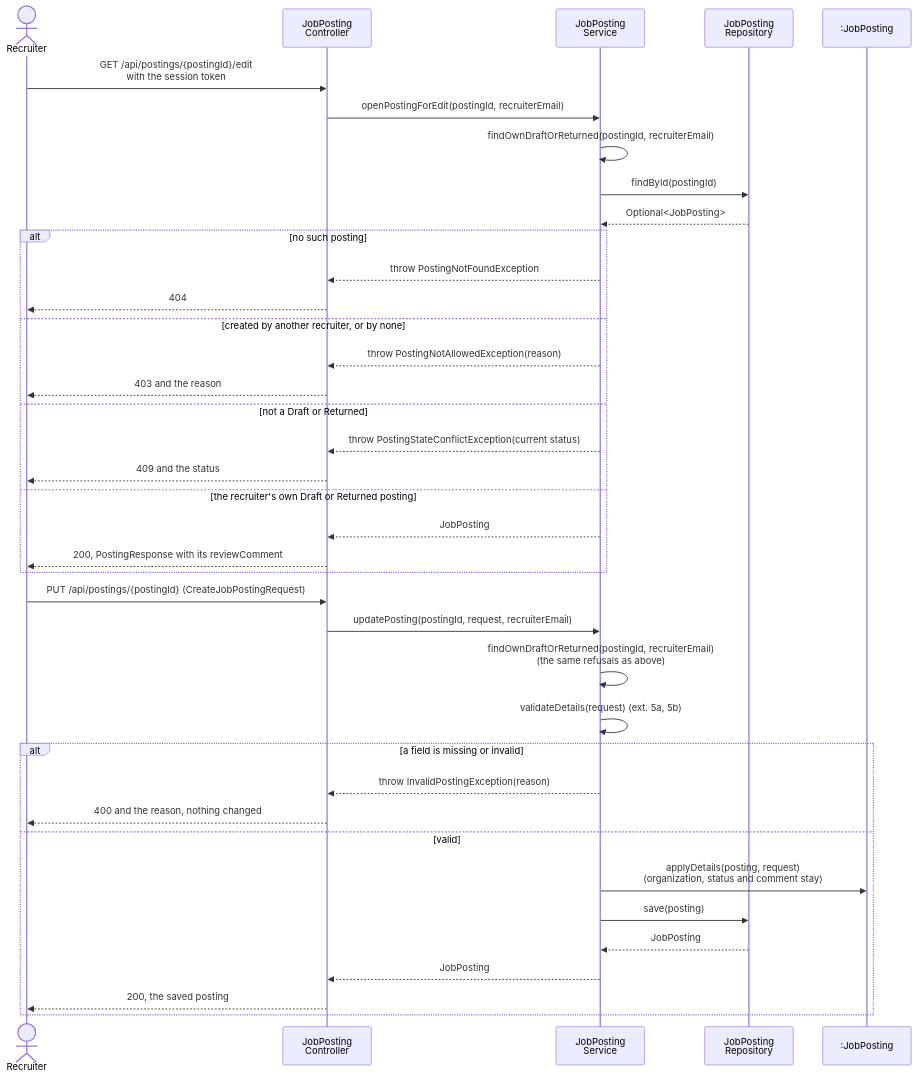
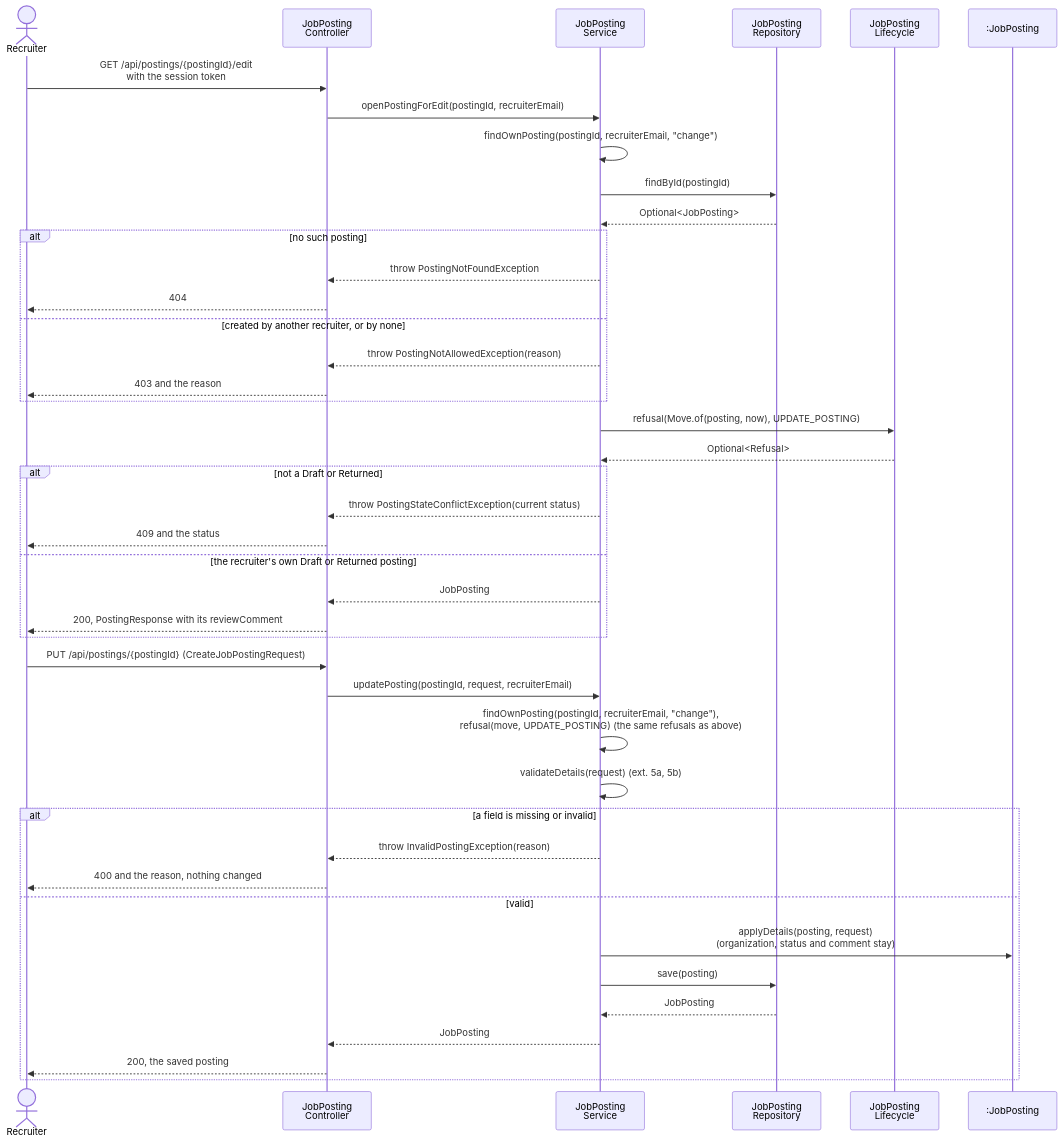
One commit to berdyshevol/careerbridge-csi5324 changed diagram 12 of 17 in spec/design.md. Above: the diagram before and after it, drawn with Mermaid. The commit also changed other lines of this file and 4 other files, not shown here.

````diff
--- a/spec/design.md
+++ b/spec/design.md
@@ -621,42 +621,46 @@
 ```mermaid
 sequenceDiagram
     actor R as Recruiter
     participant JC as JobPosting<br/>Controller
     participant JS as JobPosting<br/>Service
     participant JR as JobPosting<br/>Repository
+    participant L as JobPosting<br/>Lifecycle
     participant P as :JobPosting
 
     R->>JC: GET /api/postings/{postingId}/edit<br/>with the session token
     JC->>JS: openPostingForEdit(postingId, recruiterEmail)
-    JS->>JS: findOwnDraftOrReturned(postingId, recruiterEmail)
+    JS->>JS: findOwnPosting(postingId, recruiterEmail, "change")
     JS->>JR: findById(postingId)
     JR-->>JS: Optional<JobPosting>
     alt no such posting
         JS-->>JC: throw PostingNotFoundException
         JC-->>R: 404
     else created by another recruiter, or by none
         JS-->>JC: throw PostingNotAllowedException(reason)
         JC-->>R: 403 and the reason
-    else not a Draft or Returned
+    end
+    JS->>L: refusal(Move.of(posting, now), UPDATE_POSTING)
+    L-->>JS: Optional<Refusal>
+    alt not a Draft or Returned
         JS-->>JC: throw PostingStateConflictException(current status)
         JC-->>R: 409 and the status
     else the recruiter's own Draft or Returned posting
         JS-->>JC: JobPosting
         JC-->>R: 200, PostingResponse with its reviewComment
     end
 
     R->>JC: PUT /api/postings/{postingId} (CreateJobPostingRequest)
     JC->>JS: updatePosting(postingId, request, recruiterEmail)
-    JS->>JS: findOwnDraftOrReturned(postingId, recruiterEmail)<br/>(the same refusals as above)
+    JS->>JS: findOwnPosting(postingId, recruiterEmail, "change"),<br/>refusal(move, UPDATE_POSTING) (the same refusals as above)
     JS->>JS: validateDetails(request) (ext. 5a, 5b)
     alt a field is missing or invalid
         JS-->>JC: throw InvalidPostingException(reason)
         JC-->>R: 400 and the reason, nothing changed
     else valid
         JS->>P: applyDetails(posting, request)<br/>(organization, status and comment stay)
         JS->>JR: save(posting)
         JR-->>JS: JobPosting
         JS-->>JC: JobPosting
         JC-->>R: 200, the saved posting
     end
 ```
````
